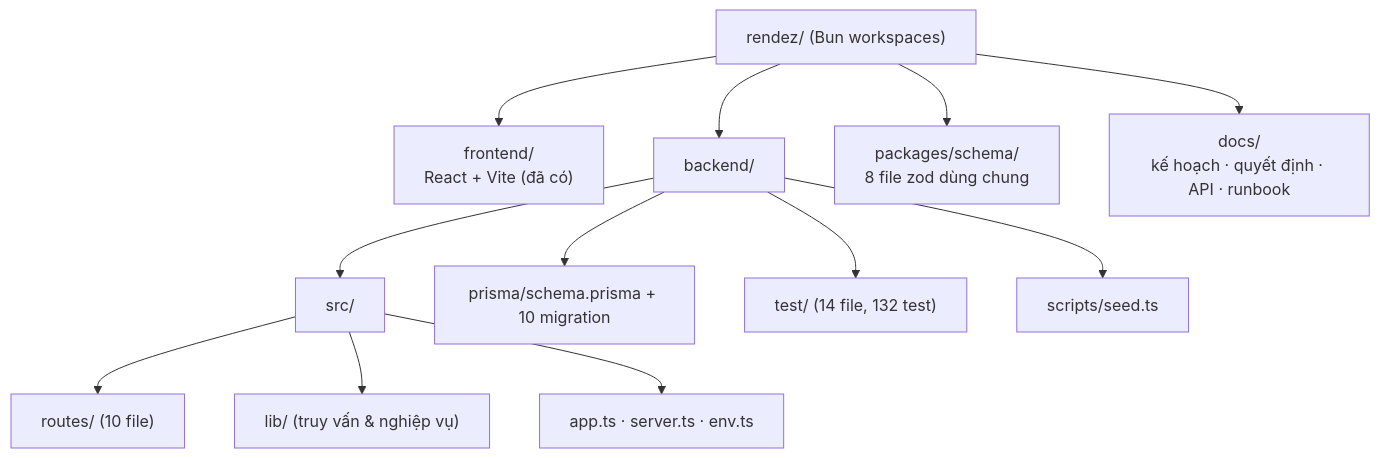
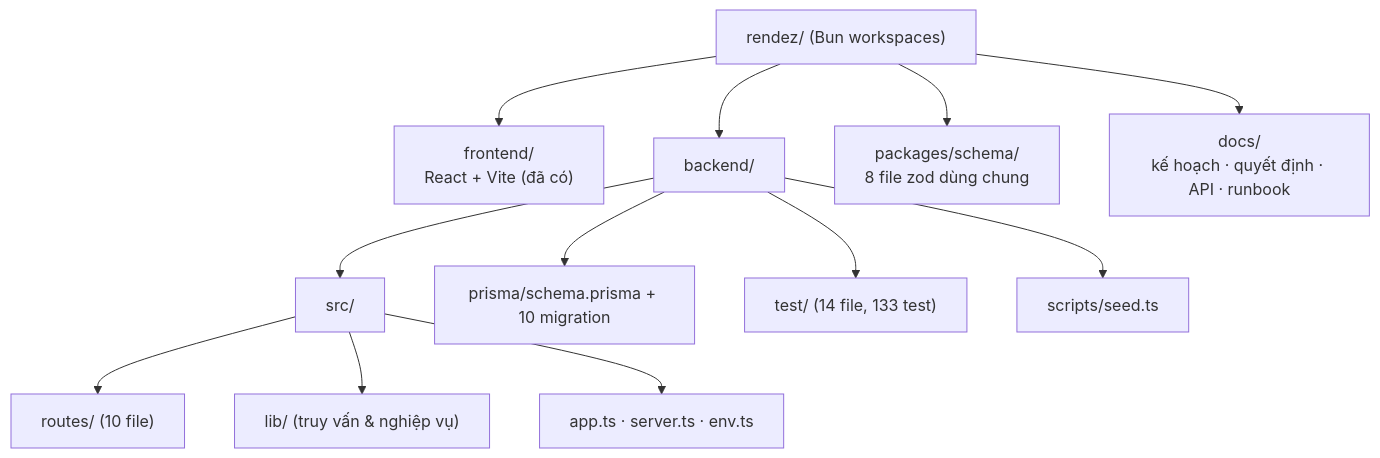
One commit to longqt321/Rendez-PBL6 changed the sixth of 14 diagrams in docs/bao-cao/BAO-CAO-DO-AN.md. Above: the diagram before and after it, drawn with Mermaid. The commit also changed other lines of this file and 3 other files, not shown here.

````diff
--- a/docs/bao-cao/BAO-CAO-DO-AN.md
+++ b/docs/bao-cao/BAO-CAO-DO-AN.md
@@ -443,15 +443,15 @@
 ```mermaid
 flowchart TB
   Root["rendez/ (Bun workspaces)"]
   Root --> FE["frontend/<br/>React + Vite (đã có)"]
   Root --> BE["backend/"]
   Root --> PKG["packages/schema/<br/>8 file zod dùng chung"]
   Root --> DOC["docs/<br/>kế hoạch · quyết định · API · runbook"]
   BE --> SRC["src/"]
   SRC --> R["routes/ (10 file)"]
   SRC --> L["lib/ (truy vấn & nghiệp vụ)"]
   SRC --> I["app.ts · server.ts · env.ts"]
   BE --> PR["prisma/schema.prisma + 10 migration"]
-  BE --> T["test/ (14 file, 132 test)"]
+  BE --> T["test/ (14 file, 133 test)"]
   BE --> SC["scripts/seed.ts"]
 ```
````
